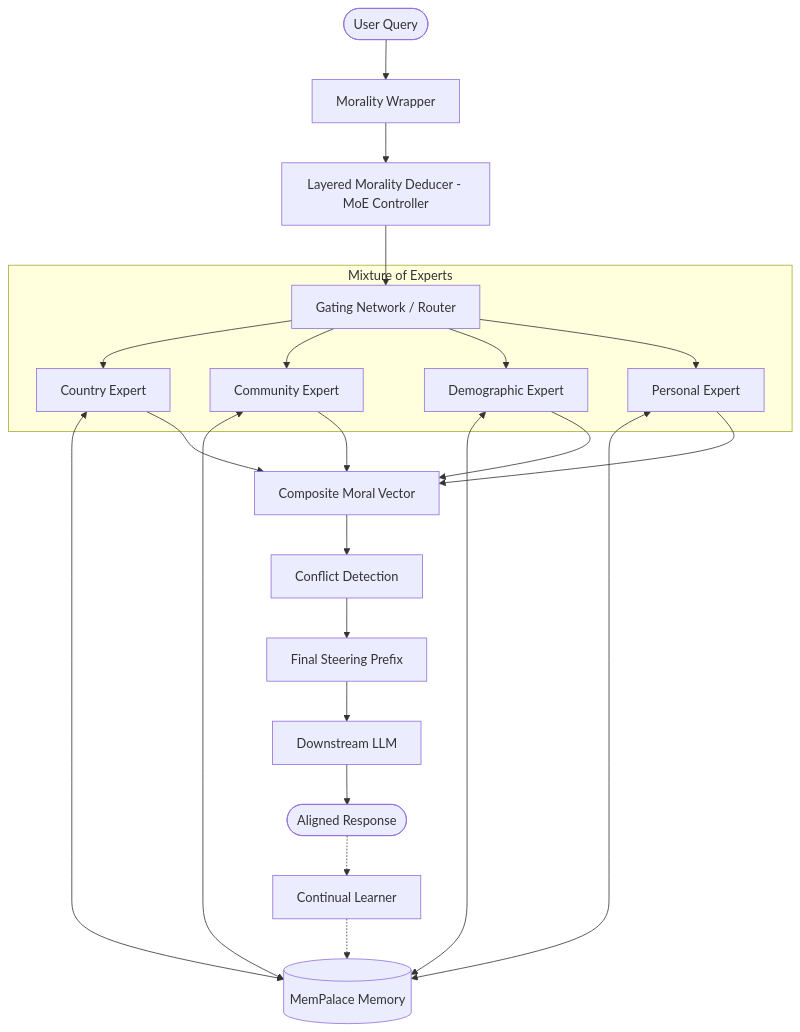
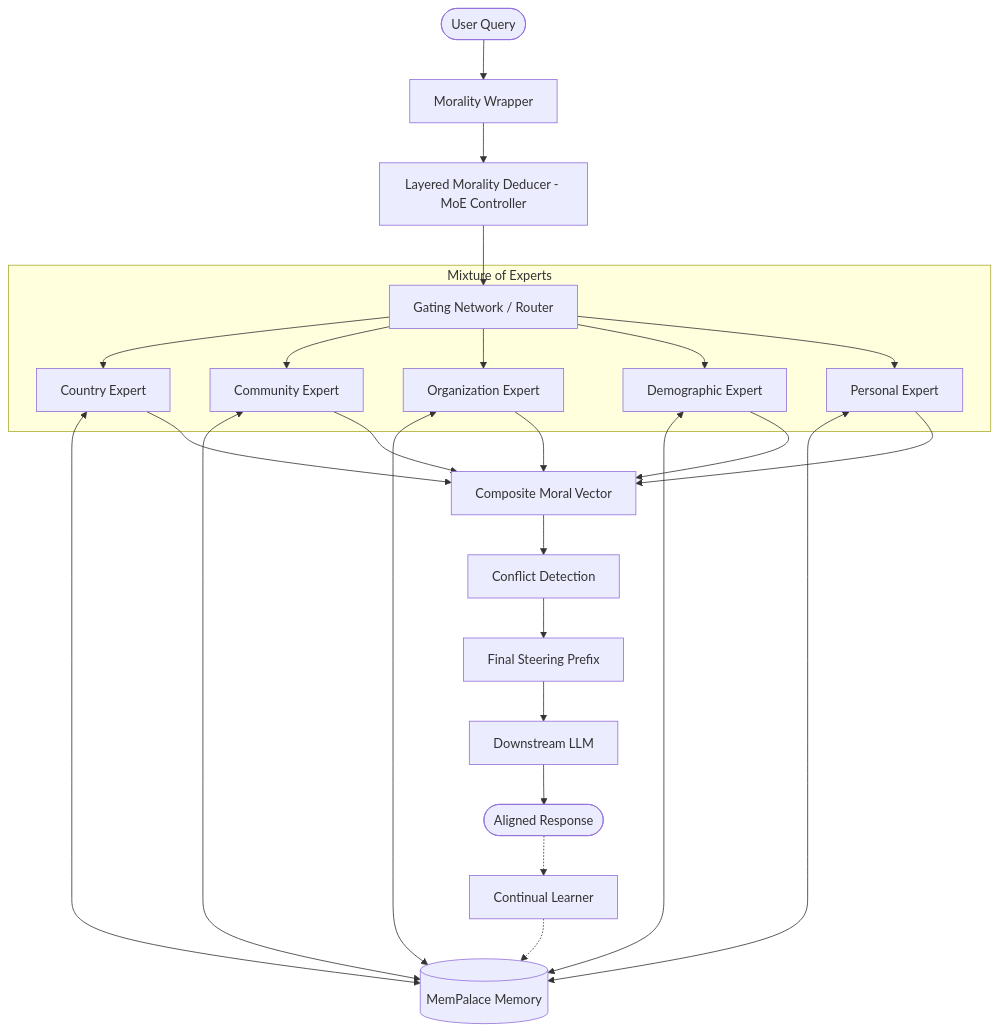
Before and after one commit to Neutron-Binary-LLC/OpenDike: the first of 3 diagrams in README.md, drawn with Mermaid. The commit also changed other lines of this file and 4 other files, not shown here.

````diff
--- a/README.md
+++ b/README.md
@@ -24,31 +24,33 @@
 ```mermaid
 graph TD
     User([User Query]) --> Wrapper[Morality Wrapper]
     Wrapper --> Deducer[Layered Morality Deducer - MoE Controller]
     
     subgraph MoE [Mixture of Experts]
         Gating[Gating Network / Router]
         E1[Country Expert]
         E2[Community Expert]
-        E3[Demographic Expert]
-        E4[Personal Expert]
+        E3[Organization Expert]
+        E4[Demographic Expert]
+        E5[Personal Expert]
     end
     
     Deducer --> Gating
     Gating --> E1
     Gating --> E2
     Gating --> E3
     Gating --> E4
+    Gating --> E5
     
-    E1 & E2 & E3 & E4 <--> MemPalace[(MemPalace Memory)]
+    E1 & E2 & E3 & E4 & E5 <--> MemPalace[(MemPalace Memory)]
     
-    E1 & E2 & E3 & E4 --> Vector[Composite Moral Vector]
+    E1 & E2 & E3 & E4 & E5 --> Vector[Composite Moral Vector]
     Vector --> Conflict[Conflict Detection]
     Conflict --> FinalVector[Final Steering Prefix]
     
     FinalVector --> LLM[Downstream LLM]
     LLM --> Response([Aligned Response])
     
     Response -.-> Learner[Continual Learner]
     Learner -.-> MemPalace
 ```
````
